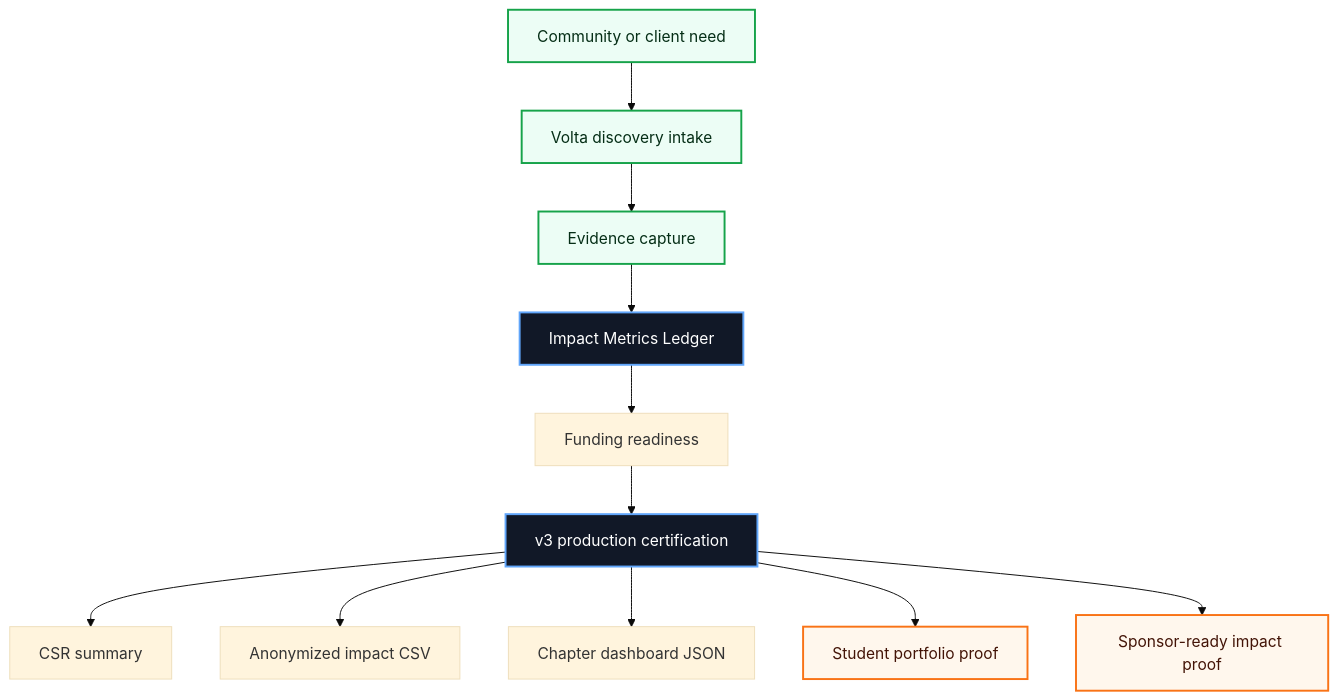
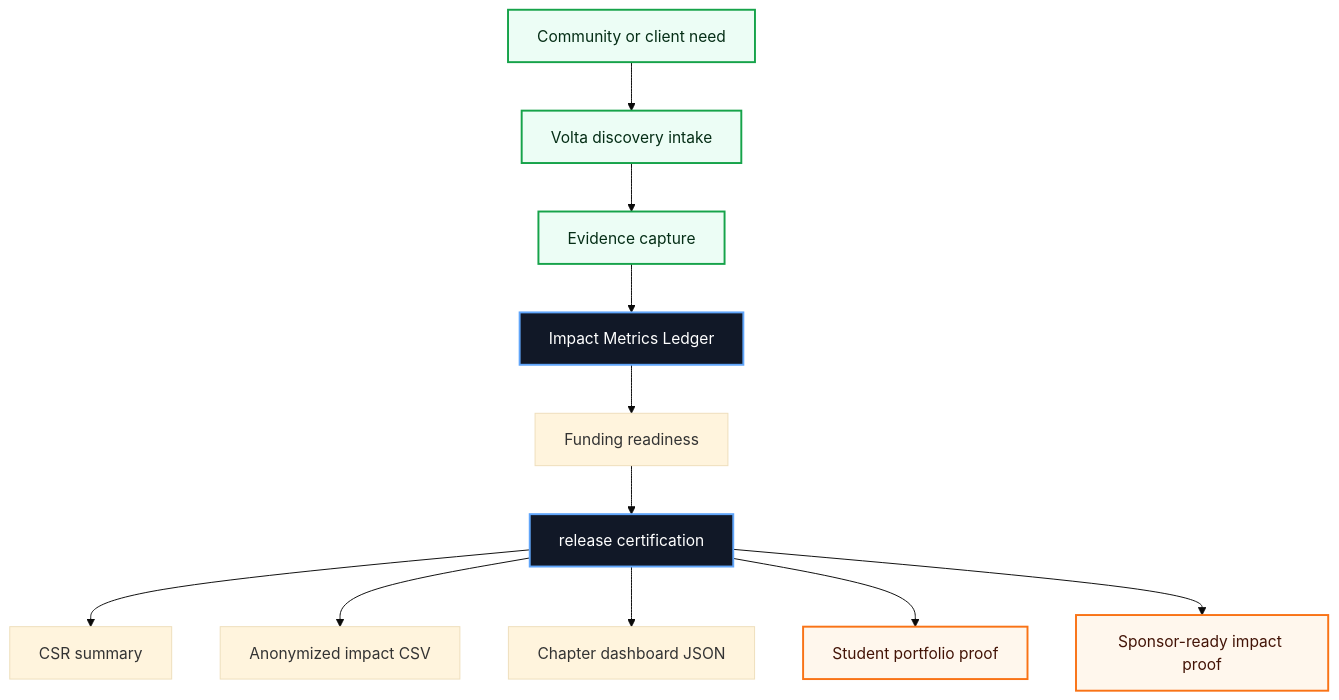
Before and after one commit to volta-npo/impact-metrics-ledger: the first of 3 diagrams in README.md, drawn with Mermaid (base theme). The commit also changed other lines of this file and 28 other files, not shown here.

````diff
--- a/README.md
+++ b/README.md
@@ -43,20 +43,20 @@
 ```mermaid
 flowchart TD
     Need["Community or client need"] --> Intake["Volta discovery intake"]
     Intake --> Evidence["Evidence capture"]
     Evidence --> Workbench["Impact Metrics Ledger"]
     Workbench --> Score["Funding readiness"]
-    Score --> Cert["v3 production certification"]
+    Score --> Cert["release certification"]
     Cert --> A1["CSR summary"]
     Cert --> A2["Anonymized impact CSV"]
     Cert --> A3["Chapter dashboard JSON"]
     Cert --> Student["Student portfolio proof"]
     Cert --> Sponsor["Sponsor-ready impact proof"]
 
     classDef volta fill:#111827,stroke:#60a5fa,color:#ffffff,stroke-width:2px;
     classDef equity fill:#ecfdf5,stroke:#16a34a,color:#052e16,stroke-width:2px;
     classDef proof fill:#fff7ed,stroke:#f97316,color:#431407,stroke-width:2px;
     class Workbench,Cert volta;
     class Need,Intake,Evidence equity;
     class Student,Sponsor proof;
 ```
````
